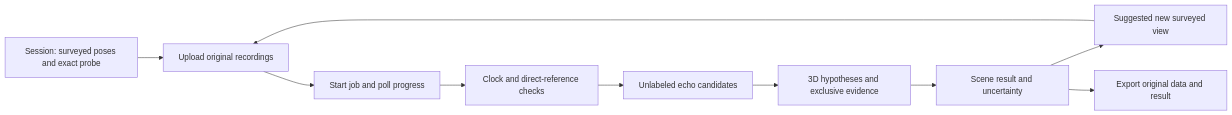
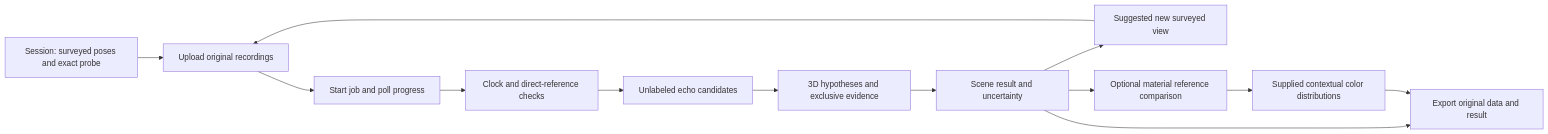
The diagram in docs/FRONTEND_HANDOFF.md (nazeeh111/EchoSight), drawn with Mermaid before and after one commit. The commit also changed other lines of this file and 29 other files, not shown here.

Commit message:
Implement recording-based material profiles and contextual colors across API and CLI

````diff
--- a/docs/FRONTEND_HANDOFF.md
+++ b/docs/FRONTEND_HANDOFF.md
@@ -9,12 +9,15 @@
 ```mermaid
 flowchart LR
   S[Session: surveyed poses and exact probe] --> U[Upload original recordings]
   U --> J[Start job and poll progress]
   J --> Q[Clock and direct-reference checks]
   Q --> E[Unlabeled echo candidates]
   E --> G[3D hypotheses and exclusive evidence]
   G --> R[Scene result and uncertainty]
   R --> N[Suggested new surveyed view]
   N --> U
+  R --> M[Optional material reference comparison]
+  M --> C[Supplied contextual color distributions]
   R --> X[Export original data and result]
+  C --> X
 ```
````
